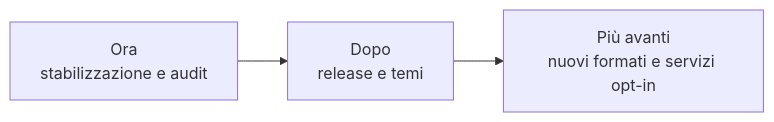
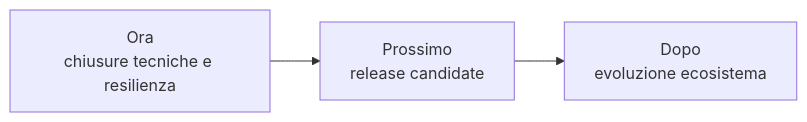
One commit to Fubeo/Fub changed the diagram in docs/project/roadmap.md. Above: the diagram before and after it, drawn with Mermaid. The commit also changed other lines of this file, not shown here.

Commit message:
docs(project): reconcile current roadmap

````diff
--- a/docs/project/roadmap.md
+++ b/docs/project/roadmap.md
@@ -12,5 +9,7 @@
 ```mermaid
 flowchart LR
-    NOW["Ora<br/>stabilizzazione e audit"] --> NEXT["Dopo<br/>release e temi"]
-    NEXT --> LATER["Più avanti<br/>nuovi formati e servizi opt-in"]
+    NOW["Ora<br/>chiusure tecniche e resilienza"]
+    RC["Prossimo<br/>release candidate"]
+    LATER["Dopo<br/>evoluzione ecosistema"]
+    NOW --> RC --> LATER
 ```
````
